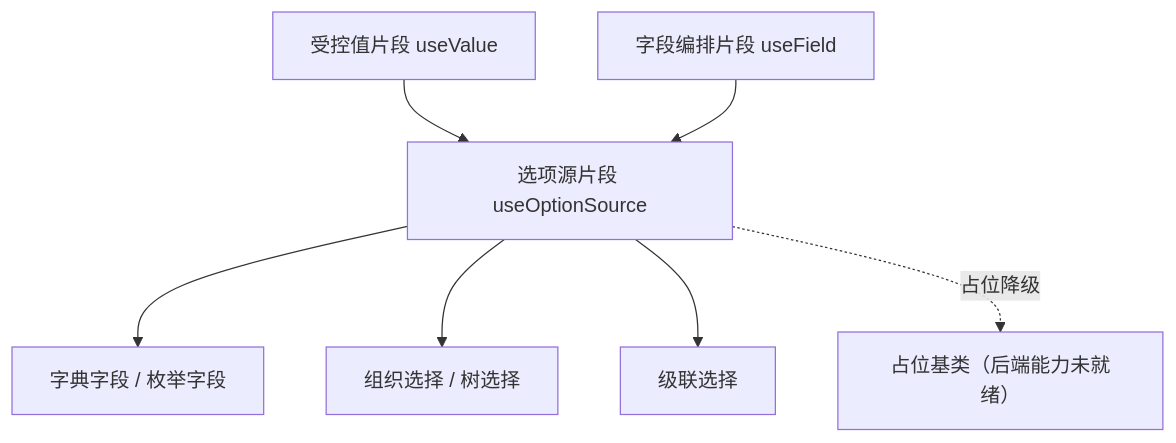
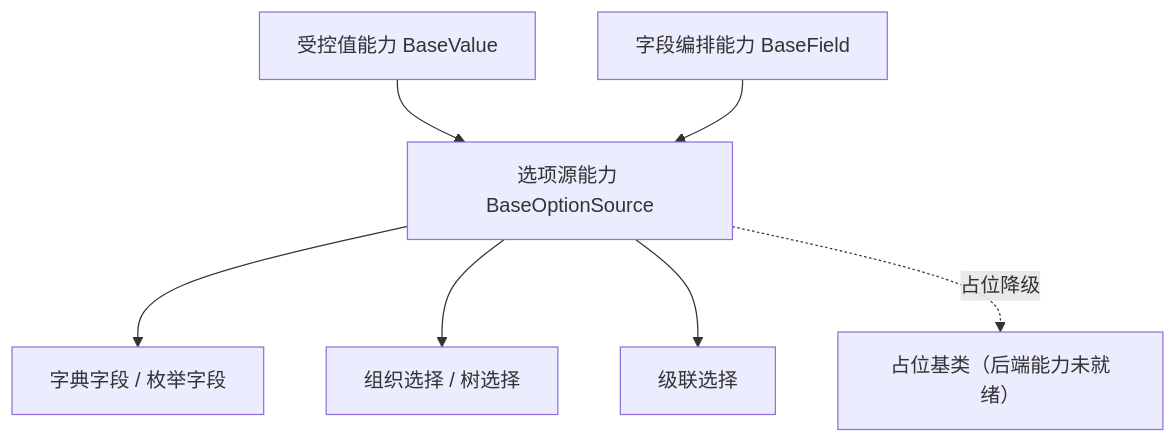
The diagram in bms文档/设计/组件设计/02_基础组件类/02_能力片段/12_组件设计_选项源片段/12_组件设计_选项源片段.md (minjian123/basic-management-system), drawn with Mermaid before and after one commit. The commit also changed other lines of this file and 49 other files, not shown here.

````diff
--- a/bms文档/设计/组件设计/02_基础组件类/02_能力片段/12_组件设计_选项源片段/12_组件设计_选项源片段.md
+++ b/bms文档/设计/组件设计/02_基础组件类/02_能力片段/12_组件设计_选项源片段/12_组件设计_选项源片段.md
@@ -15,9 +15,9 @@
 ```mermaid
 flowchart TD
-    V["受控值片段 useValue"] --> OS["选项源片段 useOptionSource"]
-    F["字段编排片段 useField"] --> OS
+    V["受控值能力 BaseValue"] --> OS["选项源能力 BaseOptionSource"]
+    F["字段编排能力 BaseField"] --> OS
     OS --> D["字典字段 / 枚举字段"]
     OS --> O["组织选择 / 树选择"]
     OS --> C["级联选择"]
     OS -. 占位降级 .-> PH["占位基类（后端能力未就绪）"]
 ```
````
